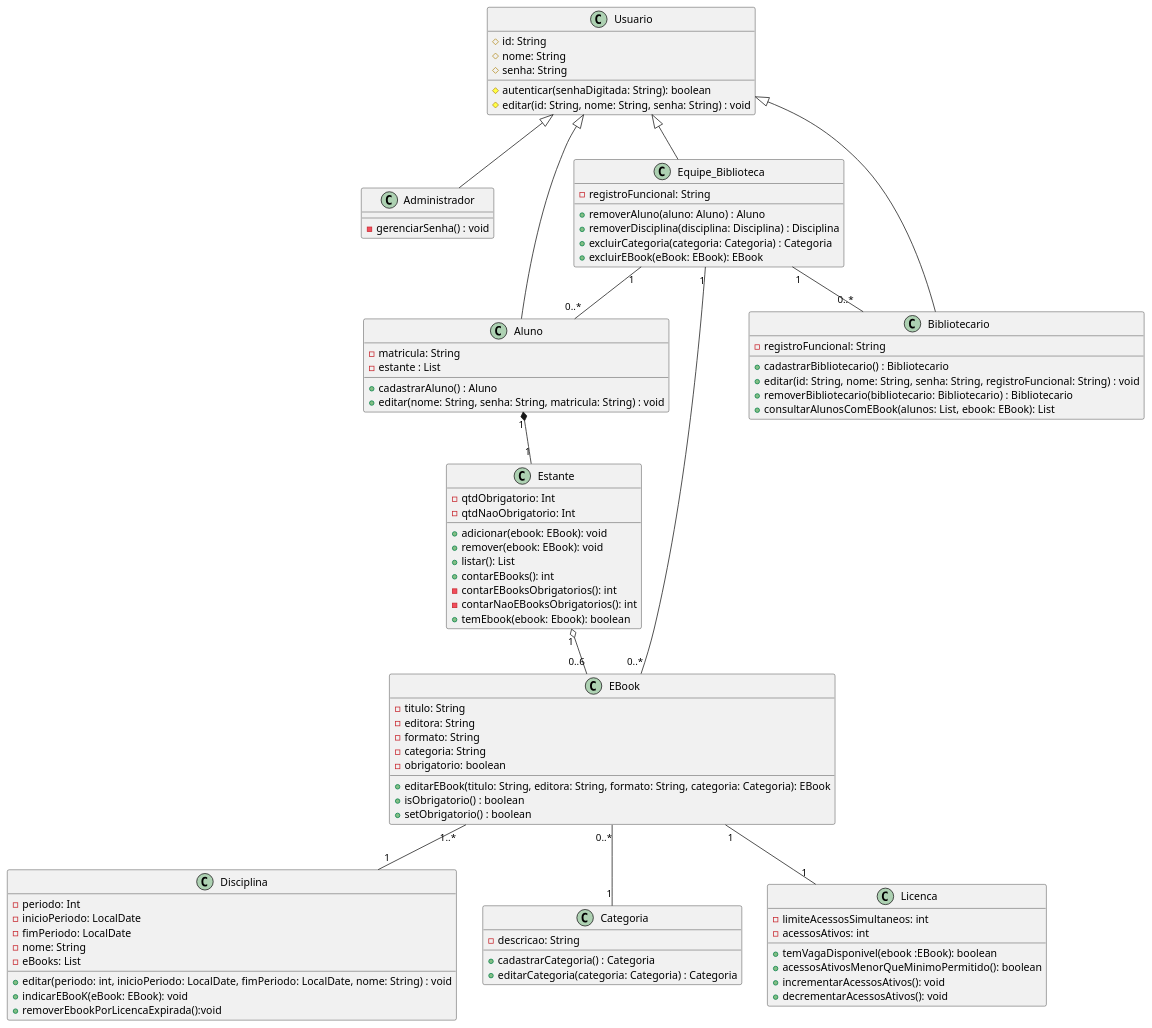
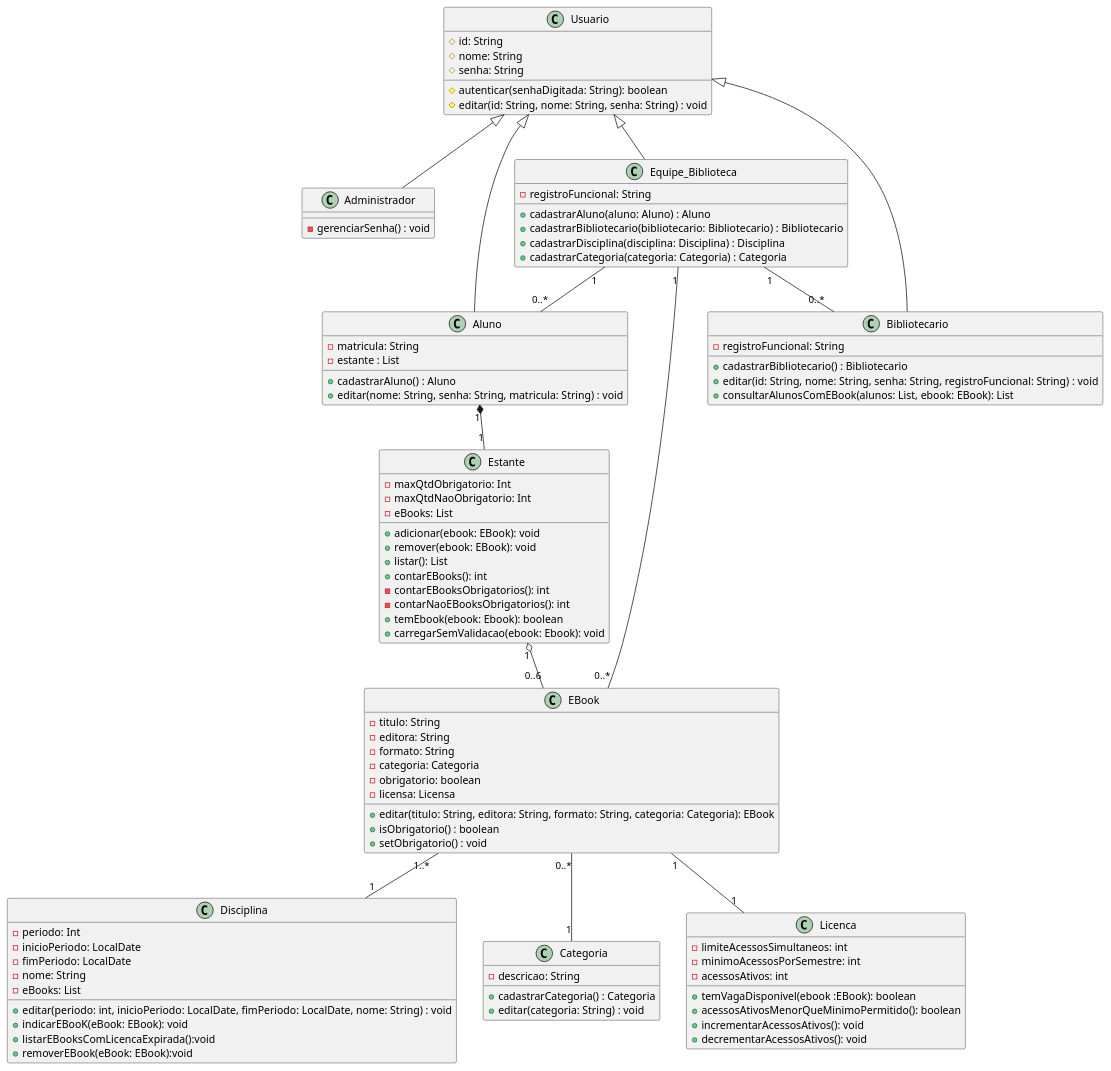
Before and after one commit to brunokilo/lab01-ebooks-biblioteca: the diagram in docs/diagramas/diagrama-de-classe.puml, drawn with PlantUML. The commit also changed 4 other files, not shown here.

Commit message:
feat: refatora classe EquipeBiblioteca para simplificar cadastro de alunos e bibliotecários, e atualiza diagrama de classes

```diff
--- a/docs/diagramas/diagrama-de-classe.puml
+++ b/docs/diagramas/diagrama-de-classe.puml
@@ -1,100 +1,104 @@
 @startuml diagrama_de_classes_ebooks
 
 class Usuario {
   #id: String
   #nome: String
   #senha: String
   #autenticar(senhaDigitada: String): boolean
   #editar(id: String, nome: String, senha: String) : void
 }
 
 class Administrador{
   -gerenciarSenha() : void
 }
 
 class Aluno {
   -matricula: String
   -estante : List
   +cadastrarAluno() : Aluno
   +editar(nome: String, senha: String, matricula: String) : void
 }
 
 class Bibliotecario {
   -registroFuncional: String
   +cadastrarBibliotecario() : Bibliotecario
   +editar(id: String, nome: String, senha: String, registroFuncional: String) : void
-  +removerBibliotecario(bibliotecario: Bibliotecario) : Bibliotecario
   +consultarAlunosComEBook(alunos: List, ebook: EBook): List
 }
 
 class Equipe_Biblioteca{
   -registroFuncional: String
-  +removerAluno(aluno: Aluno) : Aluno
-  +removerDisciplina(disciplina: Disciplina) : Disciplina
-  +excluirCategoria(categoria: Categoria) : Categoria
-  +excluirEBook(eBook: EBook): EBook
+  +cadastrarAluno(aluno: Aluno) : Aluno
+  +cadastrarBibliotecario(bibliotecario: Bibliotecario) : Bibliotecario
+  +cadastrarDisciplina(disciplina: Disciplina) : Disciplina
+  +cadastrarCategoria(categoria: Categoria) : Categoria
 }
 
 class Disciplina{
   -periodo: Int
   -inicioPeriodo: LocalDate
   -fimPeriodo: LocalDate
   -nome: String
   -eBooks: List
   +editar(periodo: int, inicioPeriodo: LocalDate, fimPeriodo: LocalDate, nome: String) : void
   +indicarEBooK(eBook: EBook): void
-  +removerEbookPorLicencaExpirada():void
+  +listarEBooksComLicencaExpirada():void
+  +removerEBook(eBook: EBook):void
 }
 
 class Categoria{
   -descricao: String
   +cadastrarCategoria() : Categoria
-  +editarCategoria(categoria: Categoria) : Categoria
+  +editar(categoria: String) : void
 }
 
 class EBook {
   -titulo: String
   -editora: String
   -formato: String
-  -categoria: String
+  -categoria: Categoria
   -obrigatorio: boolean
-  +editarEBook(titulo: String, editora: String, formato: String, categoria: Categoria): EBook
+  -licensa: Licensa
+  +editar(titulo: String, editora: String, formato: String, categoria: Categoria): EBook
   +isObrigatorio() : boolean
-  +setObrigatorio() : boolean
+  +setObrigatorio() : void
 }
 
 class Licenca {
   -limiteAcessosSimultaneos: int
+  -minimoAcessosPorSemestre: int
   -acessosAtivos: int
   +temVagaDisponivel(ebook :EBook): boolean
   +acessosAtivosMenorQueMinimoPermitido(): boolean
   +incrementarAcessosAtivos(): void
   +decrementarAcessosAtivos(): void
 }
 
 class Estante {
-  -qtdObrigatorio: Int
-  -qtdNaoObrigatorio: Int
+  -maxQtdObrigatorio: Int
+  -maxQtdNaoObrigatorio: Int
+  -eBooks: List
   +adicionar(ebook: EBook): void
   +remover(ebook: EBook): void
   +listar(): List
   +contarEBooks(): int
   -contarEBooksObrigatorios(): int
   -contarNaoEBooksObrigatorios(): int
   +temEbook(ebook: Ebook): boolean
+  +carregarSemValidacao(ebook: Ebook): void
 }
 
 Usuario <|-- Aluno
 Usuario <|-- Bibliotecario
 Usuario <|-- Equipe_Biblioteca
 Usuario <|-- Administrador
 
 Aluno "1" *-- "1" Estante
 Estante "1" o-- "0..6" EBook
 EBook "1" -- "1" Licenca
 EBook "1..*" -- "1" Disciplina
 EBook "0..*" -- "1" Categoria
 Equipe_Biblioteca "1" -- "0..*" Aluno
 Equipe_Biblioteca "1" -- "0..*" Bibliotecario
 Equipe_Biblioteca "1" -- "0..*" EBook
 @enduml
```
